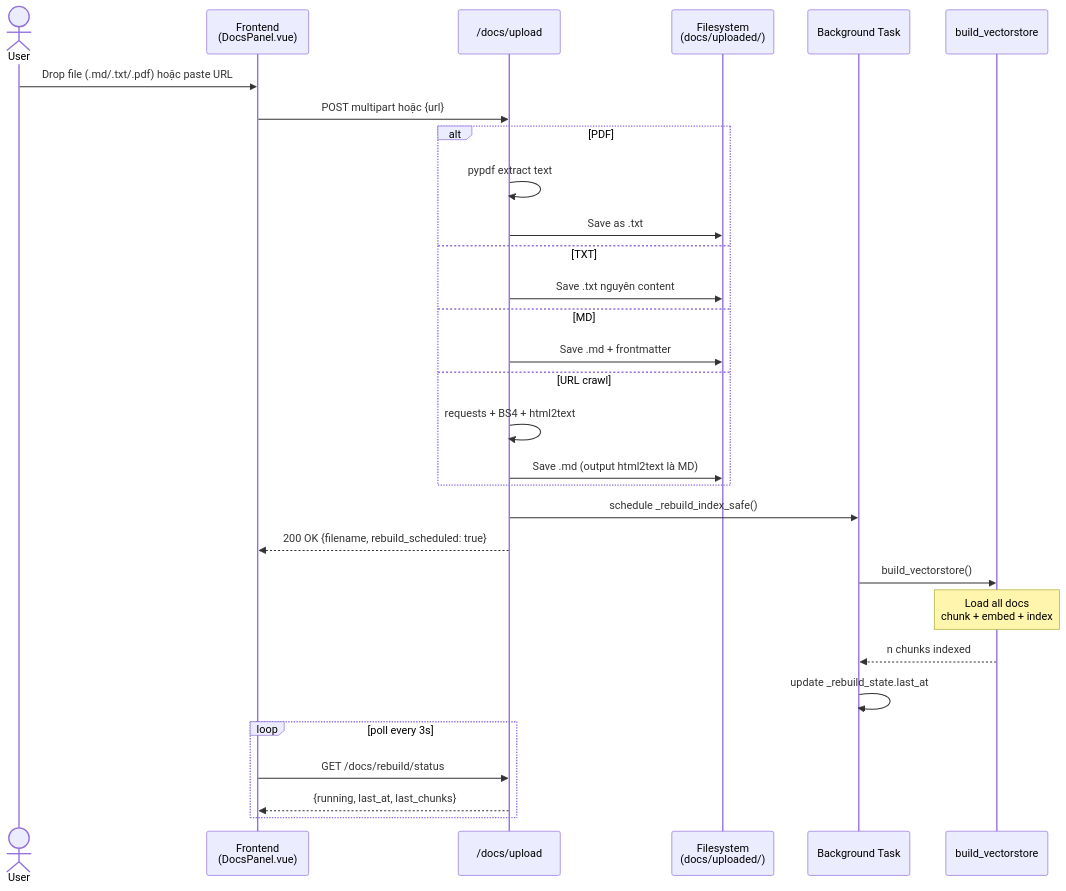
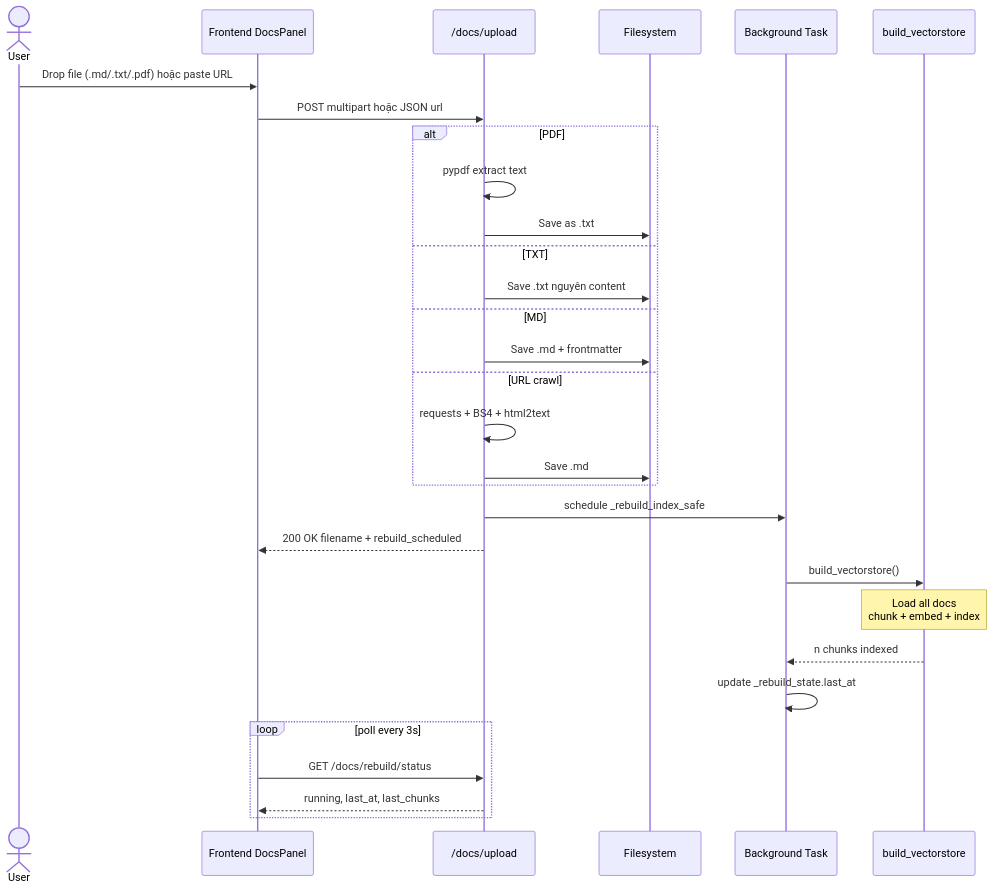
The seventh of 8 diagrams in ARCHITECTURE.md (EricDuong5423/AIChatBot), drawn with Mermaid before and after one commit. The commit also changed other lines of this file and 5 other files, not shown here.

````diff
--- a/ARCHITECTURE.md
+++ b/ARCHITECTURE.md
@@ -309,37 +311,37 @@
 ```mermaid
 sequenceDiagram
     actor U as User
-    participant FE as Frontend<br/>(DocsPanel.vue)
+    participant FE as Frontend DocsPanel
     participant API as /docs/upload
-    participant FS as Filesystem<br/>(docs/uploaded/)
+    participant FS as Filesystem
     participant BG as Background Task
     participant RAG as build_vectorstore
 
     U->>FE: Drop file (.md/.txt/.pdf) hoặc paste URL
-    FE->>API: POST multipart hoặc {url}
+    FE->>API: POST multipart hoặc JSON url
 
     alt PDF
         API->>API: pypdf extract text
         API->>FS: Save as .txt
     else TXT
         API->>FS: Save .txt nguyên content
     else MD
         API->>FS: Save .md + frontmatter
     else URL crawl
         API->>API: requests + BS4 + html2text
-        API->>FS: Save .md (output html2text là MD)
+        API->>FS: Save .md
     end
 
-    API->>BG: schedule _rebuild_index_safe()
-    API-->>FE: 200 OK {filename, rebuild_scheduled: true}
+    API->>BG: schedule _rebuild_index_safe
+    API-->>FE: 200 OK filename + rebuild_scheduled
 
     BG->>RAG: build_vectorstore()
     Note over RAG: Load all docs<br/>chunk + embed + index
     RAG-->>BG: n chunks indexed
     BG->>BG: update _rebuild_state.last_at
 
     loop poll every 3s
         FE->>API: GET /docs/rebuild/status
-        API-->>FE: {running, last_at, last_chunks}
+        API-->>FE: running, last_at, last_chunks
     end
 ```
````
